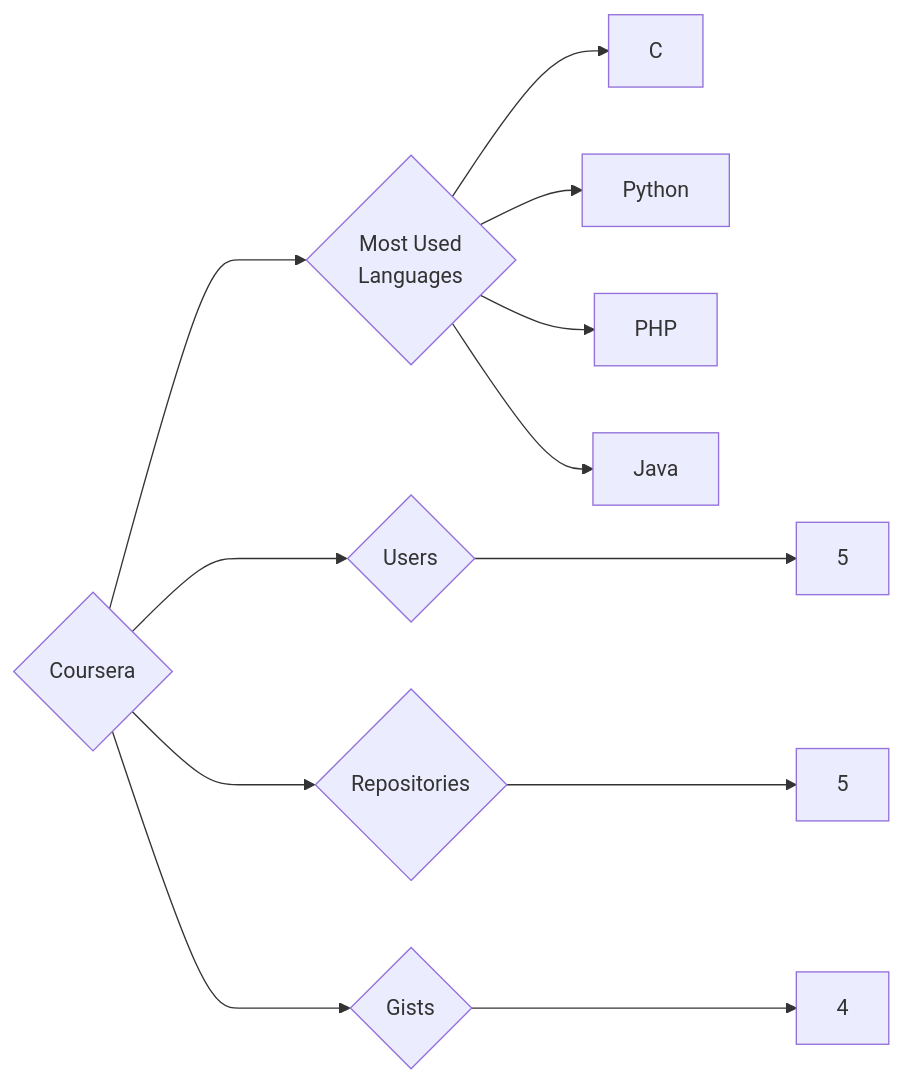
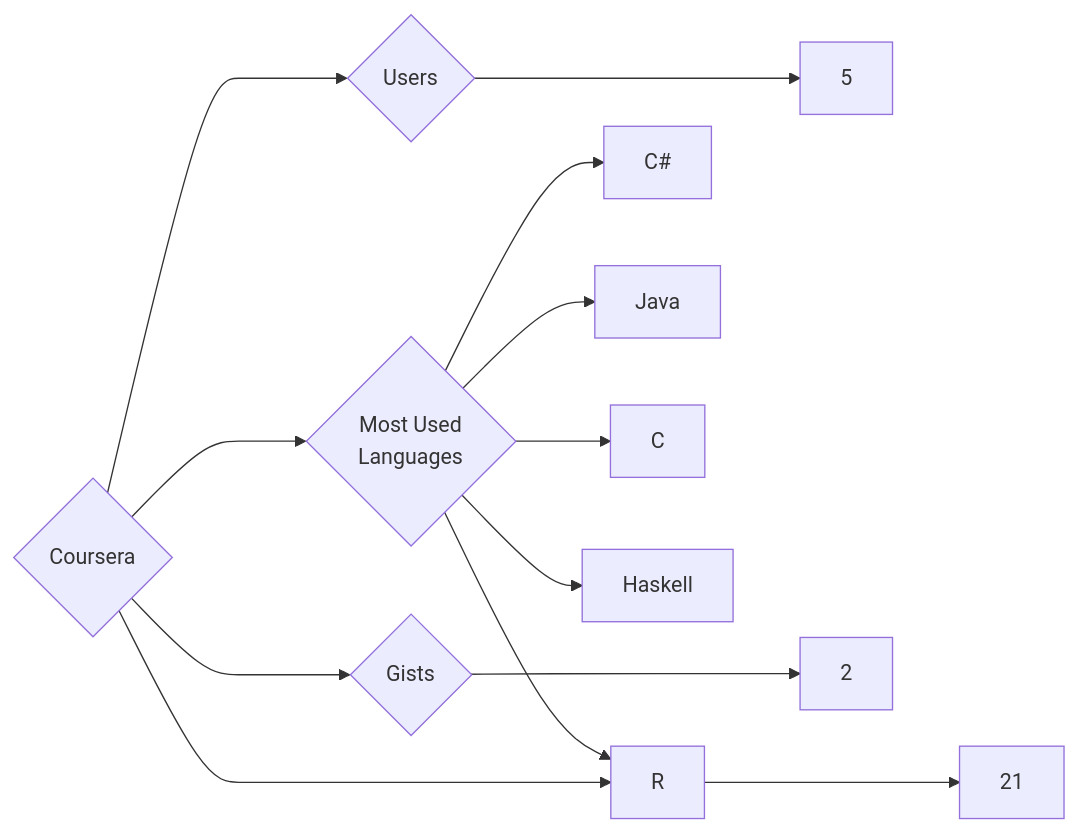
The diagram in targets/Coursera/README.md (trickest/insiders), drawn with Mermaid before and after one commit. The commit also changed 997 other files, not shown here.

````diff
--- a/targets/Coursera/README.md
+++ b/targets/Coursera/README.md
@@ -3,12 +3,13 @@
 ```mermaid
 graph LR
 COMPANY_NAME{Coursera}
 COMPANY_NAME ---> U{Users} ---> UN[5]
-COMPANY_NAME ---> R{Repositories} ---> RN[5]
-COMPANY_NAME ---> G{Gists} ---> GN[4]
+COMPANY_NAME ---> R{Repositories} ---> RN[21]
+COMPANY_NAME ---> G{Gists} ---> GN[2]
 COMPANY_NAME ---> ML{Most Used<br>Languages}
+ML --> C#[C#]
+ML --> Java[Java]
 ML --> C[C]
-ML --> Python[Python]
-ML --> PHP[PHP]
-ML --> Java[Java]
+ML --> R[R]
+ML --> Haskell[Haskell]
 ```
````
